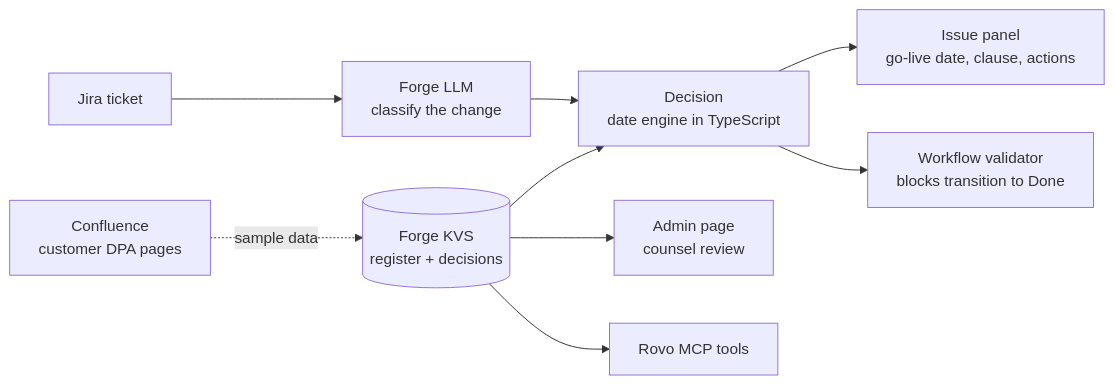
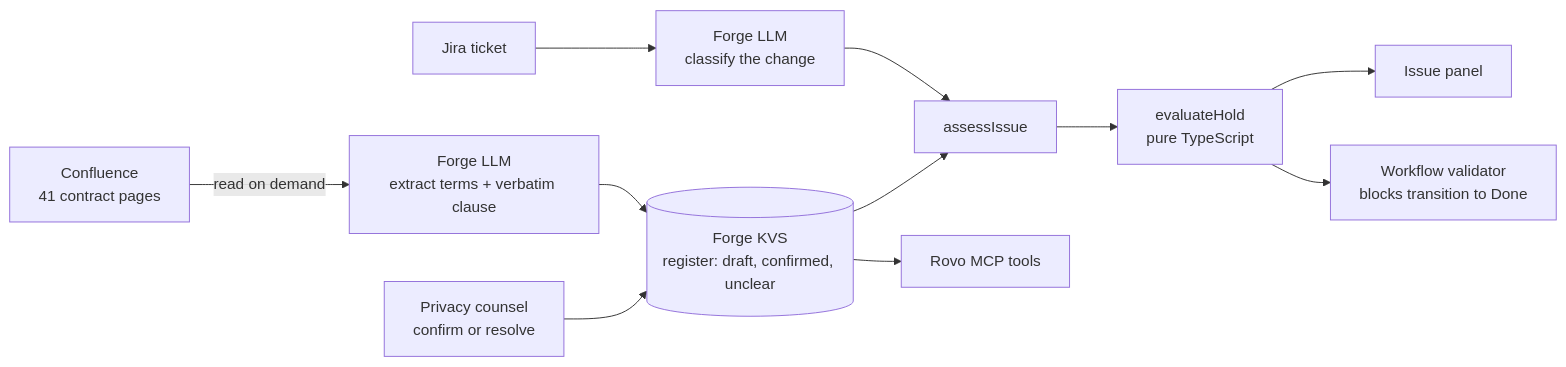
One commit to EmekaManuel/aviso-previo changed the diagram in README.md. Above: the diagram before and after it, drawn with Mermaid. The commit also changed other lines of this file and 45 other files, not shown here.

First line of the commit message:
fix: data-driven release holds, live contract extraction, real evaluation and tests

````diff
--- a/README.md
+++ b/README.md
@@ -141,11 +159,13 @@
 ```mermaid
 flowchart LR
-  C[Confluence<br/>customer DPA pages] -. sample data .-> R[(Forge KVS<br/>register + decisions)]
+  C[Confluence<br/>41 contract pages] -->|read on demand| X[Forge LLM<br/>extract terms + verbatim clause]
+  X --> R[(Forge KVS<br/>register: draft, confirmed, unclear)]
+  Counsel[Privacy counsel<br/>confirm or resolve] --> R
   J[Jira ticket] --> L[Forge LLM<br/>classify the change]
-  L --> D[Decision<br/>date engine in TypeScript]
-  R --> D
-  D --> P[Issue panel<br/>go-live date, clause, actions]
-  D --> V[Workflow validator<br/>blocks transition to Done]
-  R --> A[Admin page<br/>counsel review]
+  L --> A[assessIssue]
+  R --> A
+  A --> H[evaluateHold<br/>pure TypeScript]
+  H --> P[Issue panel]
+  H --> V[Workflow validator<br/>blocks transition to Done]
   R --> M[Rovo MCP tools]
 ```
````
